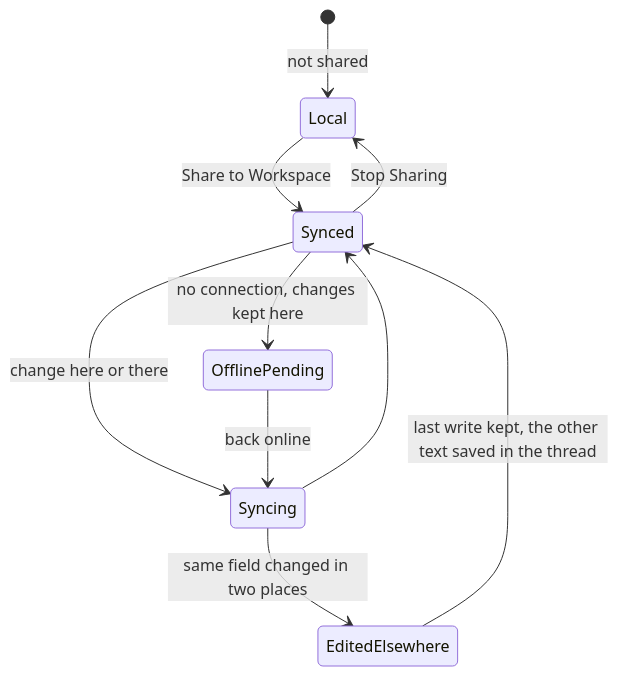
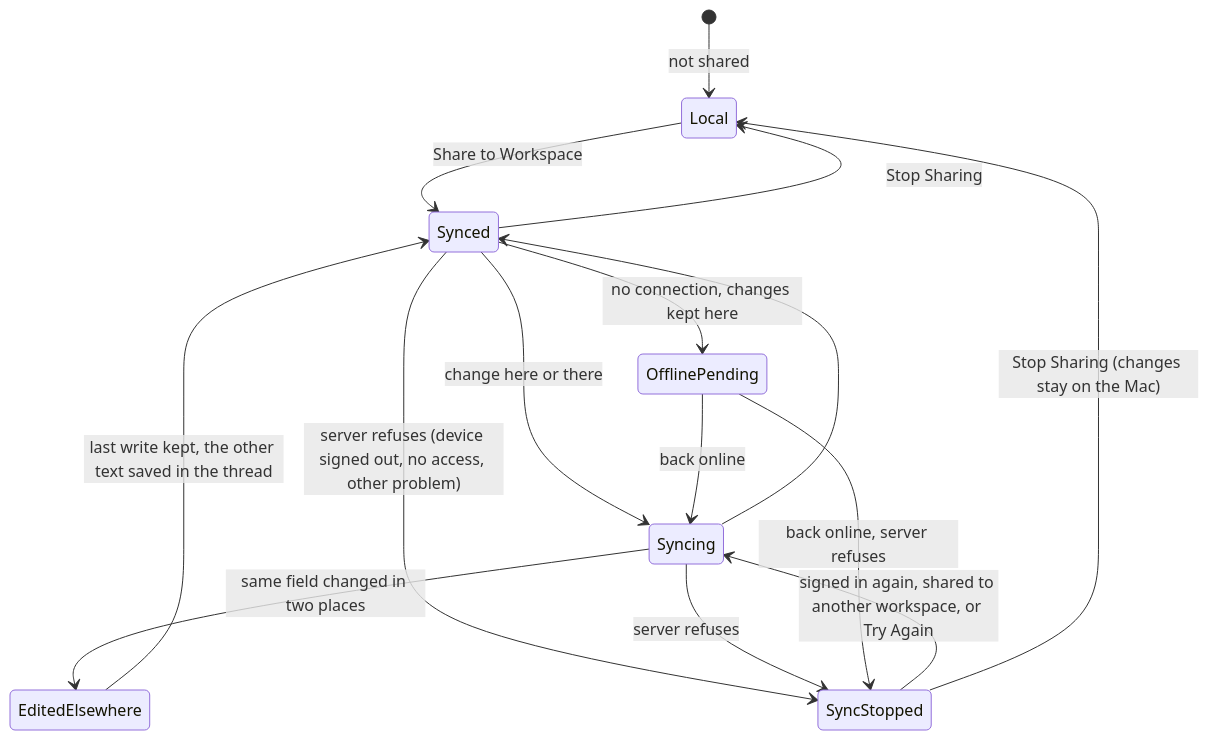
The eighth of 9 diagrams in changes/2026-10-27-online-release-1/spec/ia.md (cdudek/snapmark), drawn with Mermaid before and after one commit. The commit also changed other lines of this file and 13 other files, not shown here.

````diff
--- a/changes/2026-10-27-online-release-1/spec/ia.md
+++ b/changes/2026-10-27-online-release-1/spec/ia.md
@@ -310,12 +323,17 @@
 ```mermaid
 stateDiagram-v2
     [*] --> Local: not shared
     Local --> Synced: Share to Workspace
     Synced --> Syncing: change here or there
     Syncing --> Synced
     Synced --> OfflinePending: no connection, changes kept here
     OfflinePending --> Syncing: back online
     Syncing --> EditedElsewhere: same field changed in two places
     EditedElsewhere --> Synced: last write kept, the other text saved in the thread
+    Synced --> SyncStopped: server refuses (device signed out, no access, other problem)
+    Syncing --> SyncStopped: server refuses
+    OfflinePending --> SyncStopped: back online, server refuses
+    SyncStopped --> Syncing: signed in again, shared to another workspace, or Try Again
+    SyncStopped --> Local: Stop Sharing (changes stay on the Mac)
     Synced --> Local: Stop Sharing
 ```
````
